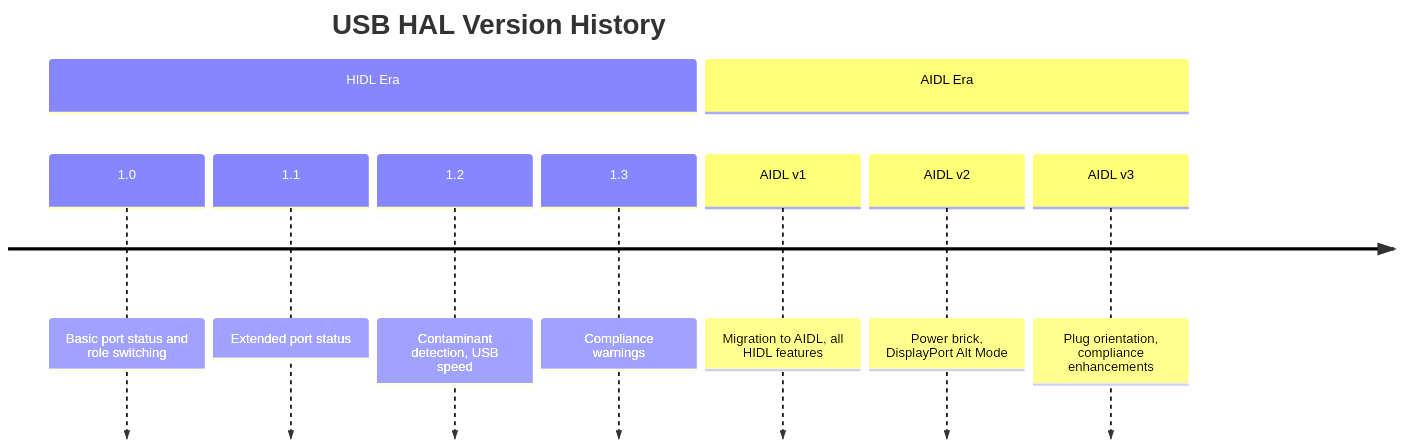
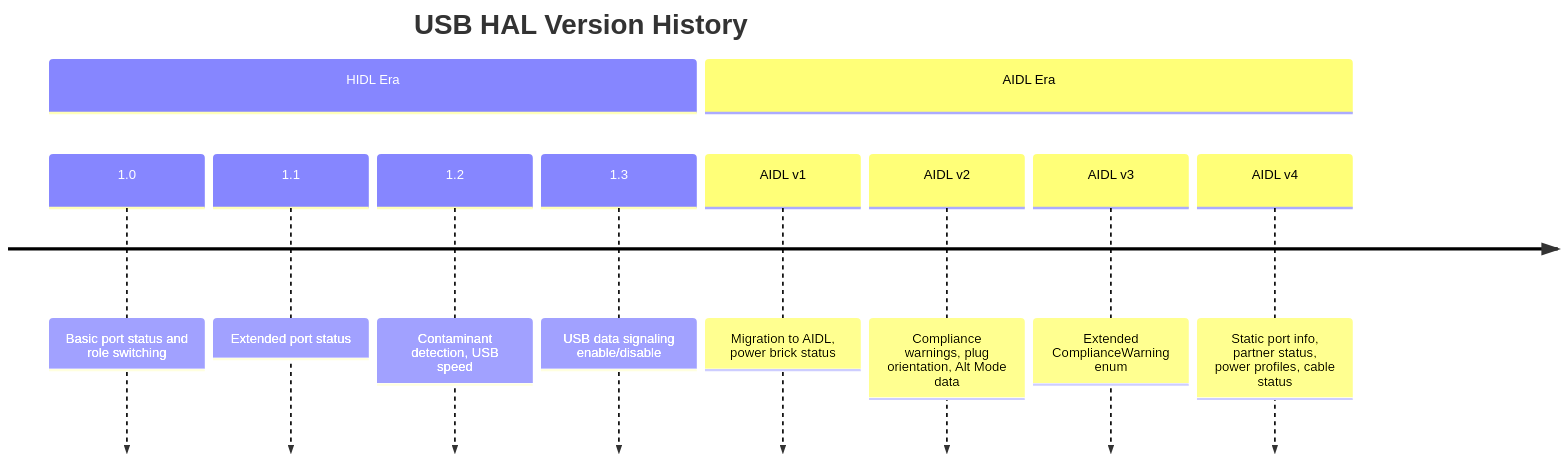
The eighth of 30 diagrams in 39-usb-adb.md (aospbooks/aosp-internal-book), drawn with Mermaid before and after one commit. The commit also changed other lines of this file and 218 other files, not shown here.

````diff
--- a/39-usb-adb.md
+++ b/39-usb-adb.md
@@ -739,13 +747,14 @@
 ```mermaid
 timeline
     title USB HAL Version History
     section HIDL Era
         1.0 : Basic port status and role switching
         1.1 : Extended port status
         1.2 : Contaminant detection, USB speed
-        1.3 : Compliance warnings
+        1.3 : USB data signaling enable/disable
     section AIDL Era
-        AIDL v1 : Migration to AIDL, all HIDL features
-        AIDL v2 : Power brick, DisplayPort Alt Mode
-        AIDL v3 : Plug orientation, compliance enhancements
+        AIDL v1 : Migration to AIDL, power brick status
+        AIDL v2 : Compliance warnings, plug orientation, Alt Mode data
+        AIDL v3 : Extended ComplianceWarning enum
+        AIDL v4 : Static port info, partner status, power profiles, cable status
 ```
````
